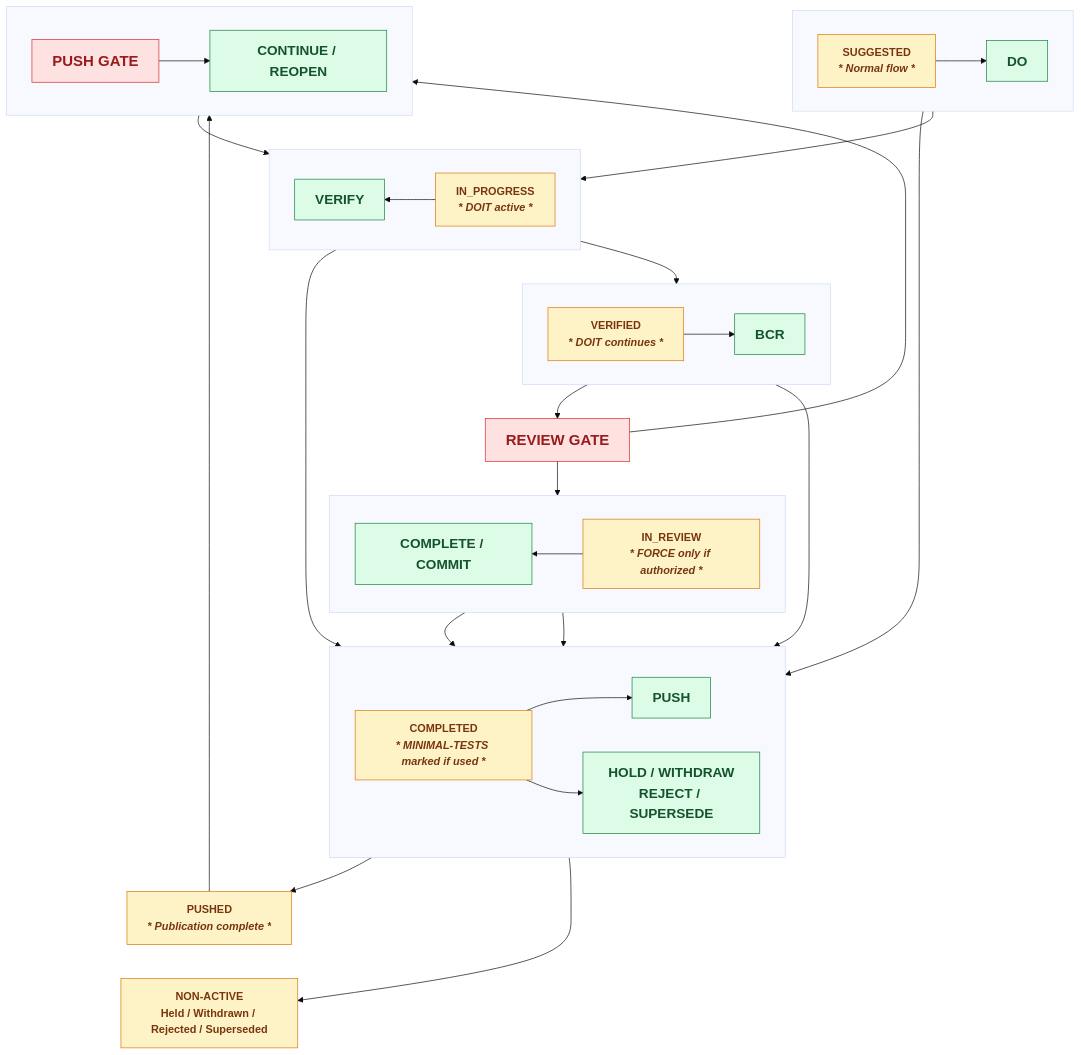
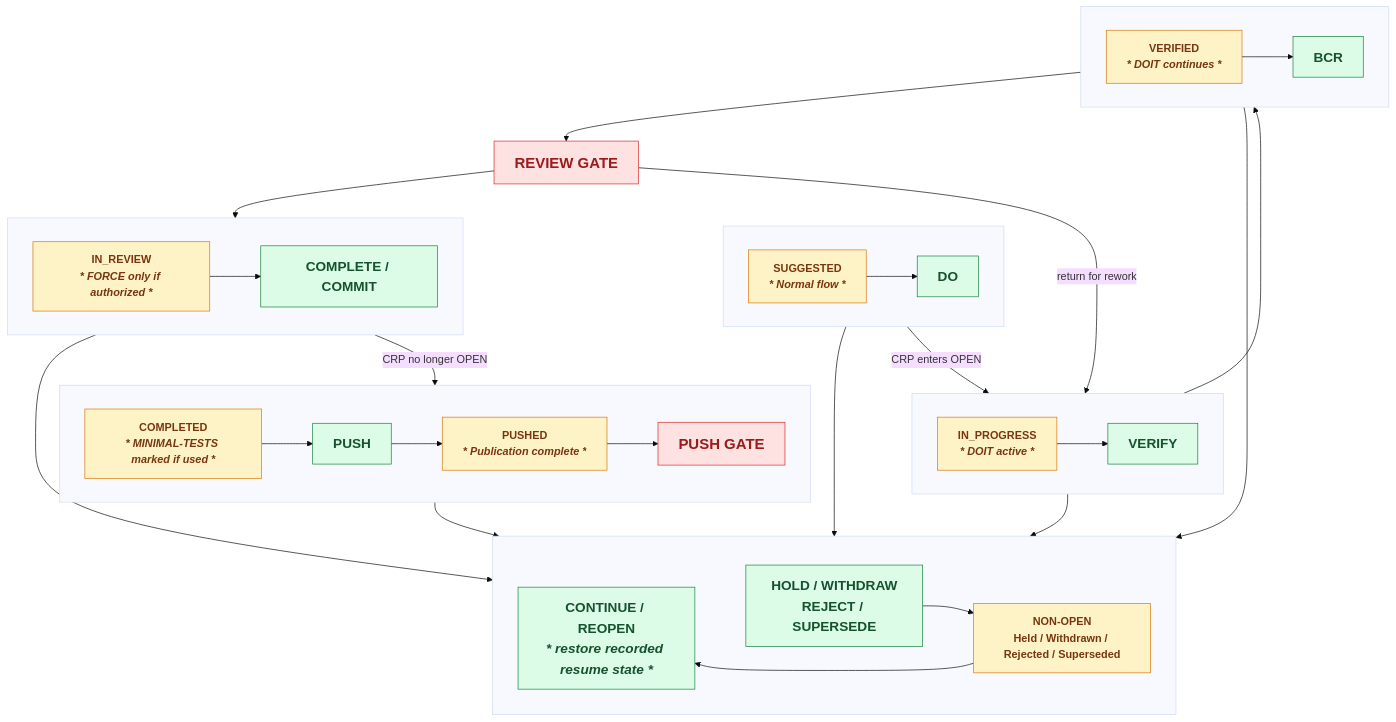
The diagram in docs/Proposals/CRP-261-Proposal-Lifecycle-Status-And-Action-Model/Specification.md (rgbigel/LCM_Inventory), drawn with Mermaid (base theme) before and after one commit. The commit also changed other lines of this file and 23 other files, not shown here.

````diff
--- a/docs/Proposals/CRP-261-Proposal-Lifecycle-Status-And-Action-Model/Specification.md
+++ b/docs/Proposals/CRP-261-Proposal-Lifecycle-Status-And-Action-Model/Specification.md
@@ -76,55 +90,52 @@
 ```mermaid
 flowchart TB
   subgraph L1[" "]
     direction LR
     S["SUGGESTED<br/><i>* Normal flow *</i>"] --> DO["DO"]
   end
 
   subgraph L2[" "]
-    direction RL
+    direction LR
     W["IN_PROGRESS<br/><i>* DOIT active *</i>"] --> VERIFY["VERIFY"]
   end
 
   subgraph L3[" "]
     direction LR
     V["VERIFIED<br/><i>* DOIT continues *</i>"] --> BCR["BCR"]
   end
 
   subgraph L4[" "]
-    direction RL
+    direction LR
     R["IN_REVIEW<br/><i>* FORCE only if authorized *</i>"] --> COMPLETE["COMPLETE / COMMIT"]
   end
 
   subgraph L5[" "]
     direction LR
-    C["COMPLETED<br/><i>* MINIMAL-TESTS marked if used *</i>"] --> PUSH["PUSH"]
-    PAUSE["HOLD / WITHDRAW<br/>REJECT / SUPERSEDE"]
+    C["COMPLETED<br/><i>* MINIMAL-TESTS marked if used *</i>"] --> PUSH["PUSH"] --> P["PUSHED<br/><i>* Publication complete *</i>"] --> PG["PUSH GATE"]
   end
 
   subgraph L6[" "]
     direction LR
-    PG["PUSH GATE"] --> CONTINUE["CONTINUE / REOPEN"]
+    CONTINUE["CONTINUE / REOPEN<br/><i>* restore recorded resume state *</i>"] ~~~ PAUSE["HOLD / WITHDRAW<br/>REJECT / SUPERSEDE"] --> X["NON-OPEN<br/>Held / Withdrawn / Rejected / Superseded"]
   end
 
-  DO --> W
+  DO -->|CRP enters OPEN| W
   VERIFY --> V
   BCR --> G["REVIEW GATE"] --> R
-  COMPLETE --> C
-  PUSH --> P["PUSHED<br/><i>* Publication complete *</i>"]
-  P --> PG
+  COMPLETE -->|CRP no longer OPEN| C
 
-  S --> PAUSE --> X["NON-ACTIVE<br/>Held / Withdrawn / Rejected / Superseded"]
+  S --> PAUSE
   W --> PAUSE
   V --> PAUSE
   R --> PAUSE
   C --> PAUSE
-  G --> CONTINUE --> W
-  P ~~~ X
+  G -->|return for rework| W
+  X --> CONTINUE
 
   classDef internal fill:#fef3c7,stroke:#d97706,color:#78350f,font-weight:bold,font-size:16px
   classDef action fill:#dcfce7,stroke:#15803d,color:#14532d,font-weight:bold,font-size:20px
   classDef gate fill:#fee2e2,stroke:#dc2626,color:#991b1b,font-weight:bold,font-size:22px
   class S,W,V,R,C,P,X internal
   class DO,VERIFY,BCR,COMPLETE,PUSH,PAUSE,CONTINUE action
   class G,PG gate
 ```
````
